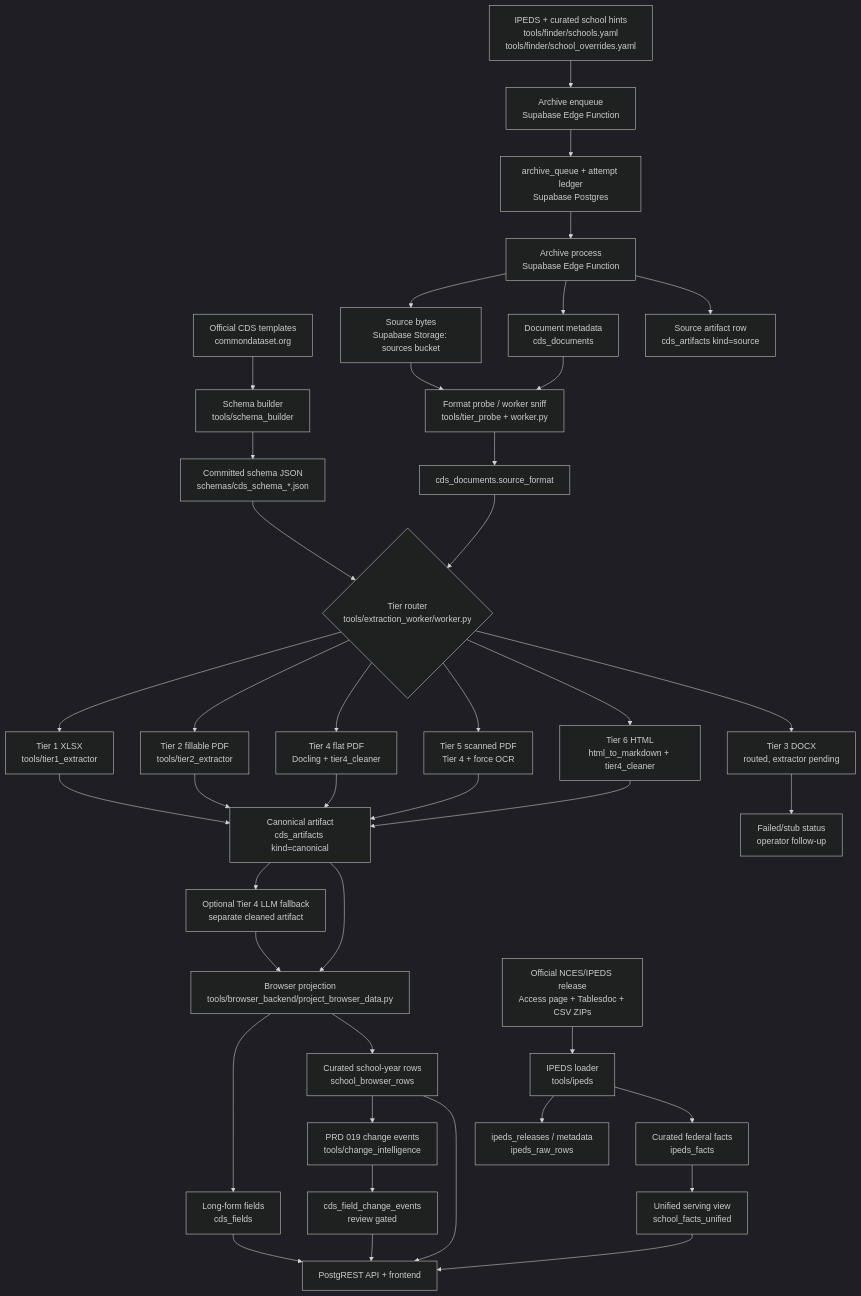
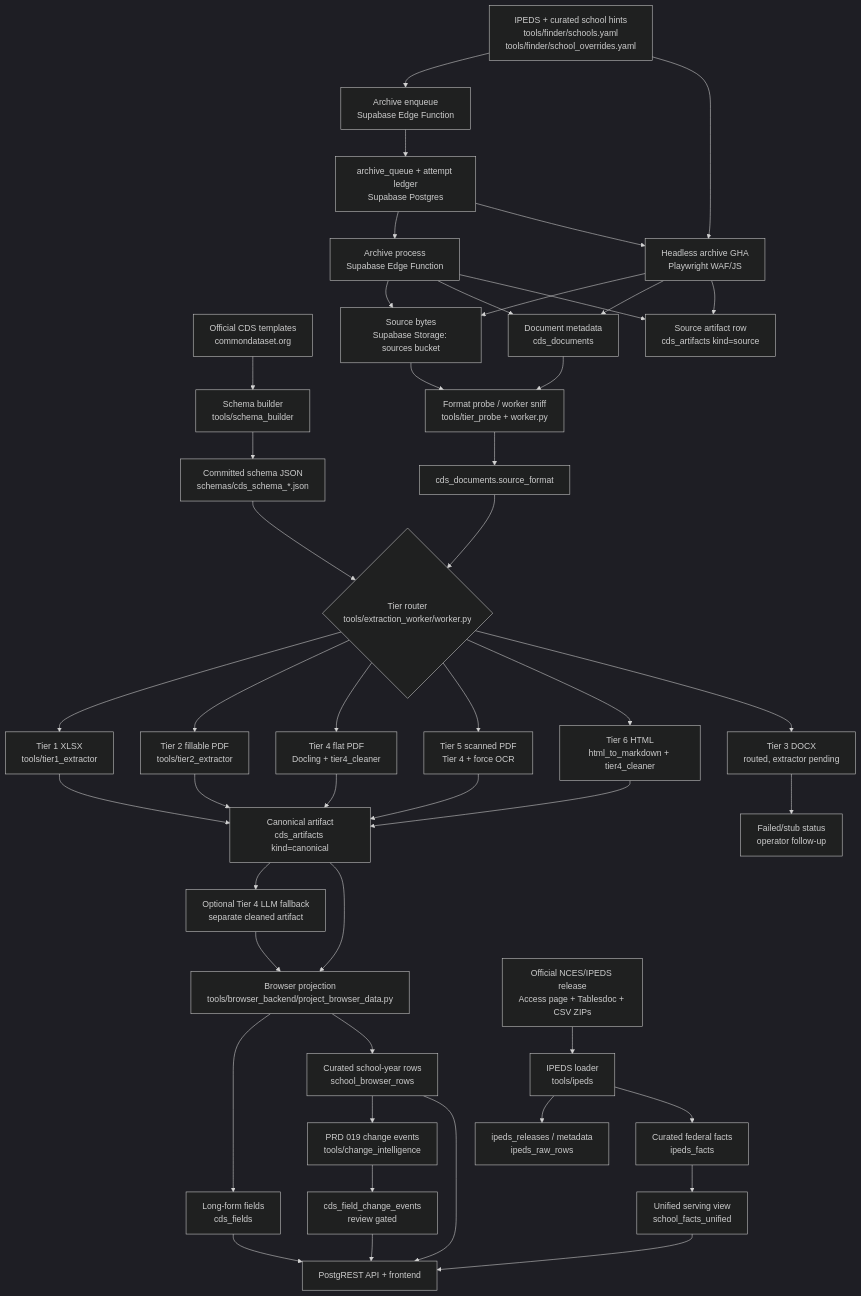
Before and after one commit to bolewood/collegedata-fyi: the diagram in docs/data-extraction-pipeline.md, drawn with Mermaid (dark theme). The commit also changed other lines of this file and 33 other files, not shown here.

````diff
--- a/docs/data-extraction-pipeline.md
+++ b/docs/data-extraction-pipeline.md
@@ -15,51 +15,56 @@
 ```mermaid
 flowchart TD
     A[Official CDS templates<br/>commondataset.org] --> B[Schema builder<br/>tools/schema_builder]
     B --> C[Committed schema JSON<br/>schemas/cds_schema_*.json]
 
     D[IPEDS + curated school hints<br/>tools/finder/schools.yaml<br/>tools/finder/school_overrides.yaml] --> E[Archive enqueue<br/>Supabase Edge Function]
     E --> F[archive_queue + attempt ledger<br/>Supabase Postgres]
     F --> G[Archive process<br/>Supabase Edge Function]
+    D --> G2[Headless archive GHA<br/>Playwright WAF/JS]
+    F --> G2
     G --> H[Source bytes<br/>Supabase Storage: sources bucket]
     G --> I[Document metadata<br/>cds_documents]
     G --> J[Source artifact row<br/>cds_artifacts kind=source]
+    G2 --> H
+    G2 --> I
+    G2 --> J
 
     H --> K[Format probe / worker sniff<br/>tools/tier_probe + worker.py]
     I --> K
     K --> L[cds_documents.source_format]
 
     L --> M{Tier router<br/>tools/extraction_worker/worker.py}
     C --> M
     M --> N[Tier 1 XLSX<br/>tools/tier1_extractor]
     M --> O[Tier 2 fillable PDF<br/>tools/tier2_extractor]
     M --> P[Tier 4 flat PDF<br/>Docling + tier4_cleaner]
     M --> Q[Tier 5 scanned PDF<br/>Tier 4 + force OCR]
     M --> R[Tier 6 HTML<br/>html_to_markdown + tier4_cleaner]
     M --> S[Tier 3 DOCX<br/>routed, extractor pending]
 
     N --> T[Canonical artifact<br/>cds_artifacts kind=canonical]
     O --> T
     P --> T
     Q --> T
     R --> T
     S --> U[Failed/stub status<br/>operator follow-up]
 
     T --> V[Optional Tier 4 LLM fallback<br/>separate cleaned artifact]
     T --> W[Browser projection<br/>tools/browser_backend/project_browser_data.py]
     V --> W
     W --> X[Long-form fields<br/>cds_fields]
     W --> Y[Curated school-year rows<br/>school_browser_rows]
 
     Y --> Z[PRD 019 change events<br/>tools/change_intelligence]
     Z --> AA[cds_field_change_events<br/>review gated]
 
     X --> AB[PostgREST API + frontend]
     Y --> AB
     AA --> AB
 
     AC[Official NCES/IPEDS release<br/>Access page + Tablesdoc + CSV ZIPs] --> AD[IPEDS loader<br/>tools/ipeds]
     AD --> AE[ipeds_releases / metadata<br/>ipeds_raw_rows]
     AD --> AF[Curated federal facts<br/>ipeds_facts]
     AF --> AG[Unified serving view<br/>school_facts_unified]
     AG --> AB
 ```
````
